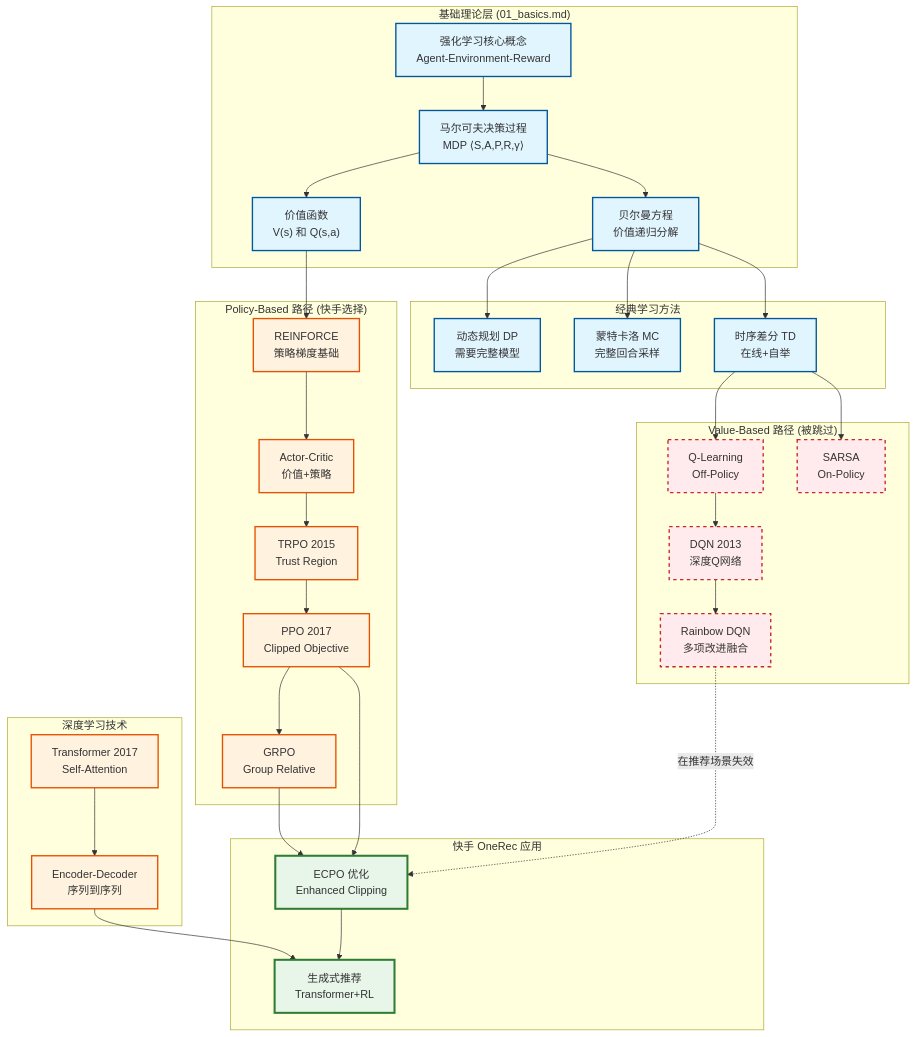
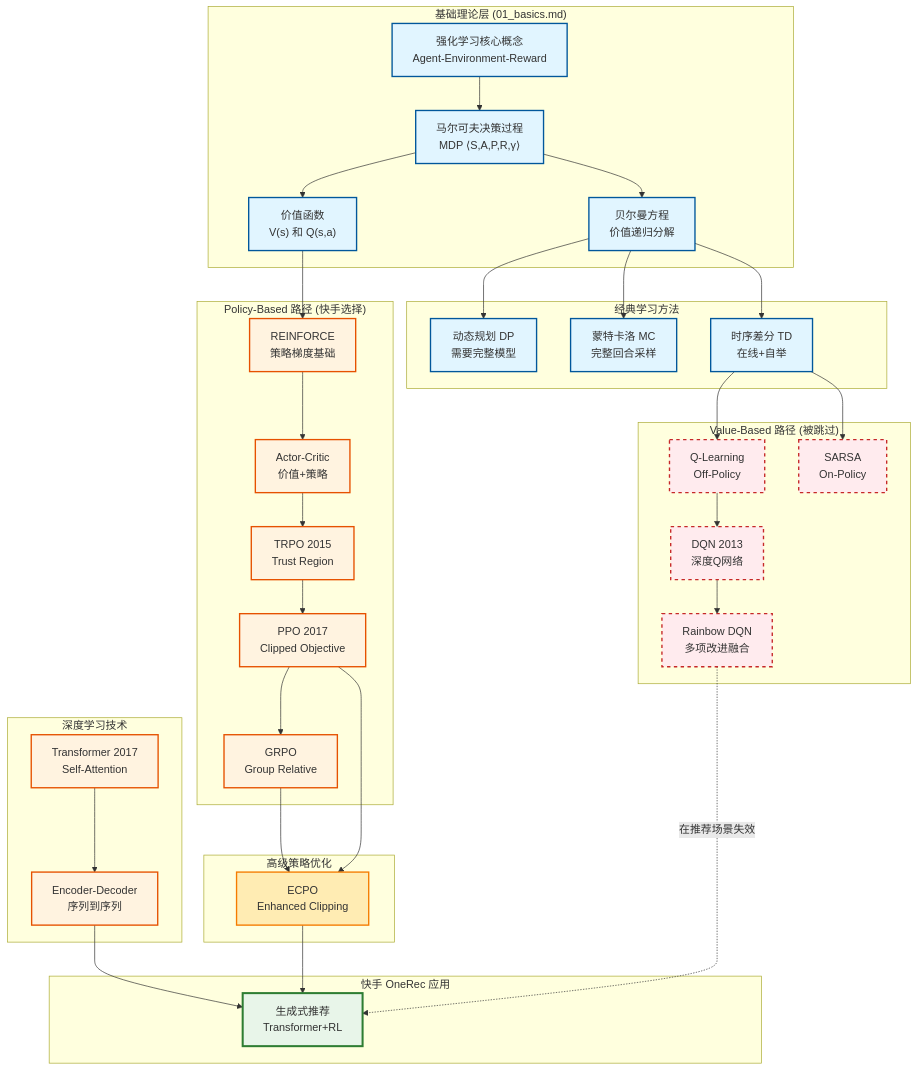
Before and after one commit to konyellin-cyber/RL: the first of 8 diagrams in theory/foundations/04_rl_evolution_to_onerec.md, drawn with Mermaid. The commit also changed other lines of this file and 1 other file, not shown here.

First line of the commit message:
fix: 修正演进图逻辑关系，新增验证报告

````diff
--- a/theory/foundations/04_rl_evolution_to_onerec.md
+++ b/theory/foundations/04_rl_evolution_to_onerec.md
@@ -62,26 +62,32 @@
         Q --> R
     end
     
+    subgraph RL_Advanced["高级策略优化"]
+        S["ECPO<br/>Enhanced Clipping"]
+        
+        P --> S
+        O --> S
+    end
+    
     subgraph OneRec["快手 OneRec 应用"]
-        S["ECPO 优化<br/>Enhanced Clipping"]
         T["生成式推荐<br/>Transformer+RL"]
         
-        P --> S
         R --> T
         S --> T
     end
     
-    K -.在推荐场景失效.-> S
-    O --> S
+    K -.在推荐场景失效.-> T
     
     classDef traditional fill:#e1f5ff,stroke:#01579b,stroke-width:2px
     classDef skipped fill:#ffebee,stroke:#c62828,stroke-width:2px,stroke-dasharray:5 5
     classDef modern fill:#fff3e0,stroke:#e65100,stroke-width:2px
+    classDef rl_advanced fill:#ffecb3,stroke:#f57c00,stroke-width:2px
     classDef onerec fill:#e8f5e9,stroke:#2e7d32,stroke-width:3px
     
     class A,B,C,D,E,F,G traditional
     class H,I,J,K skipped
     class L,M,N,O,P modern
     class Q,R modern
-    class S,T onerec
+    class S rl_advanced
+    class T onerec
 ```
````
